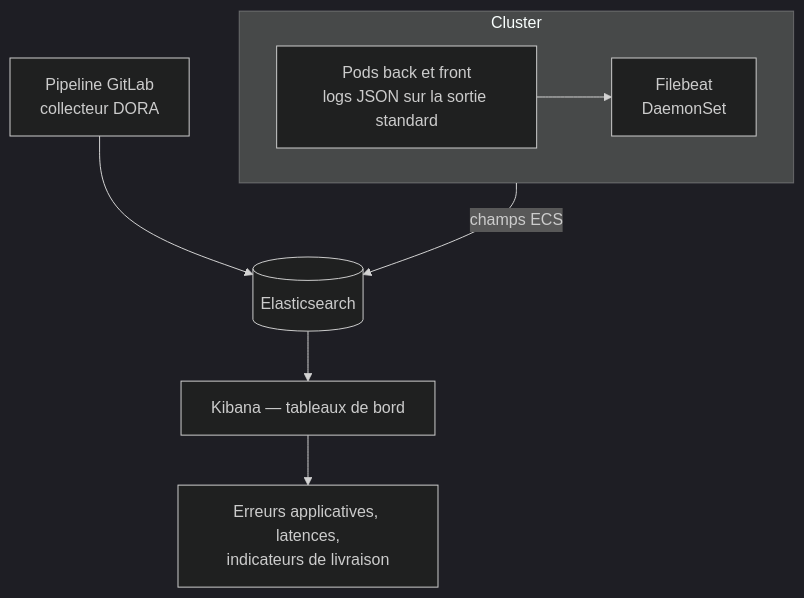
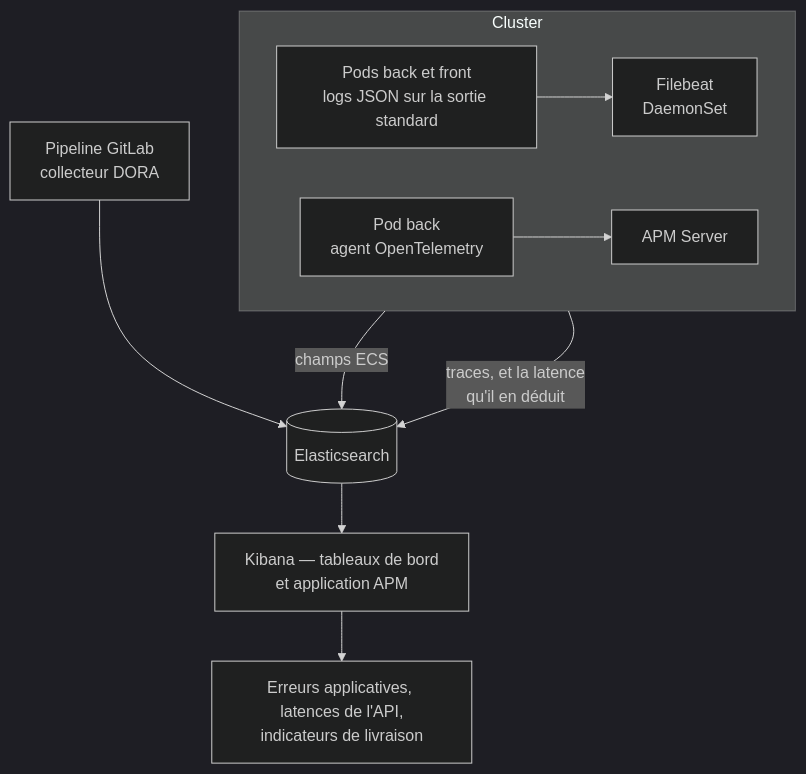
The diagram in docs/schemas/observabilite.mmd (TedPasquiet/G-rez-le-cycle-de-vie-de-d-veloppement-logiciel), drawn with Mermaid (dark theme) before and after one commit. The commit also changed 33 other files, not shown here.

```diff
--- a/docs/schemas/observabilite.mmd
+++ b/docs/schemas/observabilite.mmd
@@ -1,16 +1,20 @@
 %% Schéma — L'observabilité et le pilotage.
 %% Source versionnée du bloc Mermaid de docs/schema-architecture.md §10.
 %% Les applications écrivent en JSON sur la sortie standard et ne connaissent pas
-%% la destination de leurs logs. Les quatre indicateurs DORA se contredisent
+%% la destination de leurs logs. Le back est en plus tracé : l'agent
+%% OpenTelemetry envoie ses traces à APM Server (détail du flux dans
+%% traces-apm.mmd). Les quatre indicateurs DORA se contredisent
 %% utilement : c'est leur lecture conjointe qui décrit une chaîne saine, jamais
 %% l'un d'eux isolément.
 flowchart TB
     subgraph cluster["Cluster"]
         direction LR
         pods["Pods back et front<br/>logs JSON sur la sortie standard"] --> fb["Filebeat<br/>DaemonSet"]
+        back["Pod back<br/>agent OpenTelemetry"] --> apm["APM Server"]
     end
 
     fb -->|"champs ECS"| es[("Elasticsearch")]
+    apm -->|"traces, et la latence<br/>qu'il en déduit"| es
     gl["Pipeline GitLab<br/>collecteur DORA"] --> es
-    es --> kib["Kibana — tableaux de bord"]
-    kib --> lect["Erreurs applicatives, latences,<br/>indicateurs de livraison"]
+    es --> kib["Kibana — tableaux de bord<br/>et application APM"]
+    kib --> lect["Erreurs applicatives, latences de l'API,<br/>indicateurs de livraison"]
```
